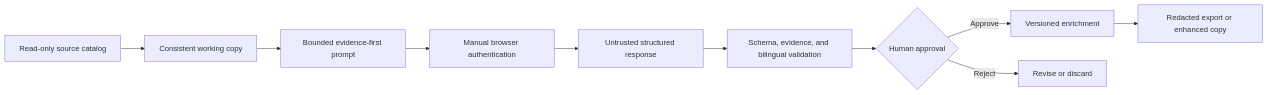
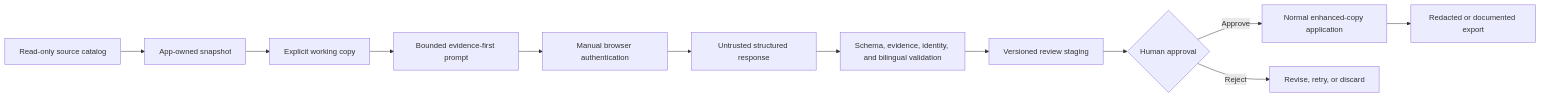
One commit to NouraldinFarge/research-studio-case-study changed the first of 2 diagrams in README.md. Above: the diagram before and after it, drawn with Mermaid. The commit also changed other lines of this file and 20 other files, not shown here.

````diff
--- a/README.md
+++ b/README.md
@@ -26,12 +73,14 @@
 ```mermaid
 flowchart LR
-    A["Read-only source catalog"] --> B["Consistent working copy"]
-    B --> C["Bounded evidence-first prompt"]
-    C --> D["Manual browser authentication"]
-    D --> E["Untrusted structured response"]
-    E --> F["Schema, evidence, and bilingual validation"]
-    F --> G{"Human approval"}
-    G -->|Approve| H["Versioned enrichment"]
-    G -->|Reject| I["Revise or discard"]
-    H --> J["Redacted export or enhanced copy"]
+    A["Read-only source catalog"] --> B["App-owned snapshot"]
+    B --> C["Explicit working copy"]
+    C --> D["Bounded evidence-first prompt"]
+    D --> E["Manual browser authentication"]
+    E --> F["Untrusted structured response"]
+    F --> G["Schema, evidence, identity, and bilingual validation"]
+    G --> H["Versioned review staging"]
+    H --> I{"Human approval"}
+    I -->|Approve| J["Normal enhanced-copy application"]
+    I -->|Reject| K["Revise, retry, or discard"]
+    J --> L["Redacted or documented export"]
 ```
````
